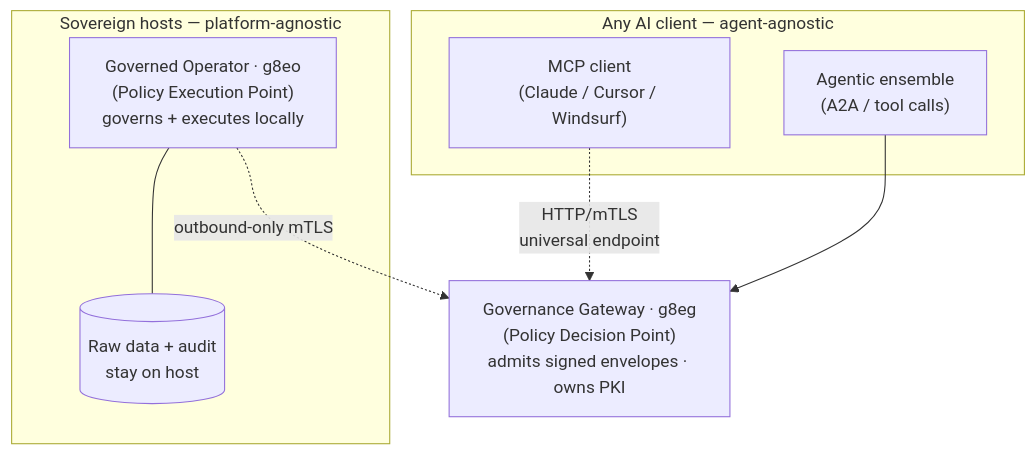
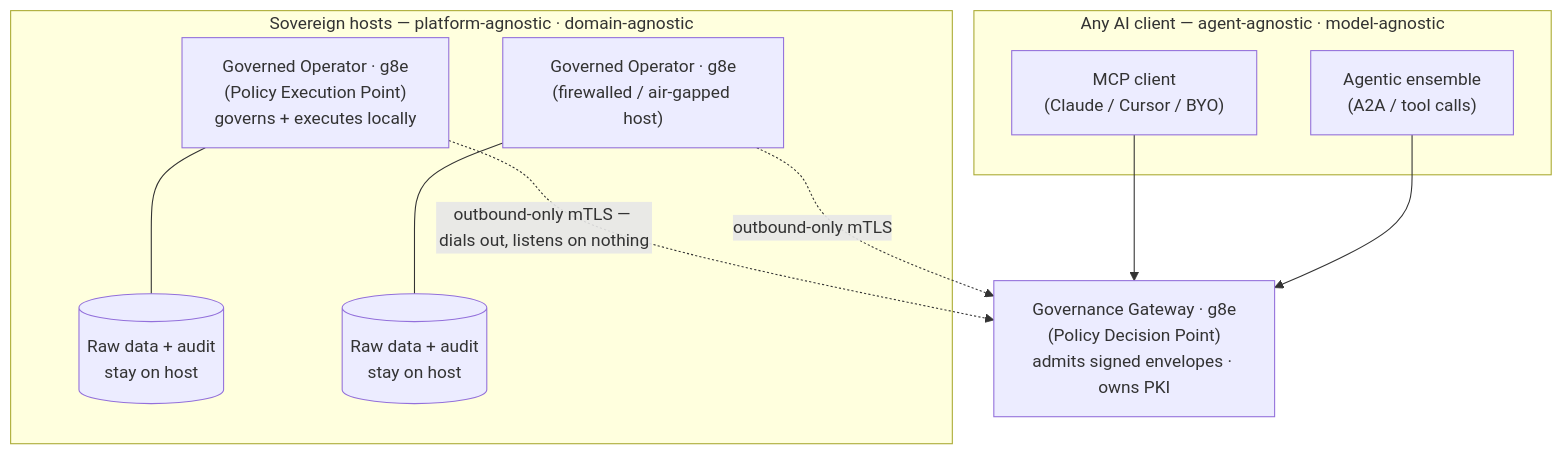
The first of 3 diagrams in README.md (g8e-ai/g8e), drawn with Mermaid before and after one commit. The commit also changed other lines of this file and 9 other files, not shown here.

````diff
--- a/README.md
+++ b/README.md
@@ -91,19 +112,23 @@
 ```mermaid
 graph TD
-    subgraph Clients ["Any AI client — agent-agnostic"]
-        C1["MCP client<br/>(Claude / Cursor / Windsurf)"]
+    subgraph Clients ["Any AI client — agent-agnostic · model-agnostic"]
+        C1["MCP client<br/>(Claude / Cursor / BYO)"]
         C2["Agentic ensemble<br/>(A2A / tool calls)"]
     end
 
-    GW["Governance Gateway · g8eg<br/>(Policy Decision Point)<br/>admits signed envelopes · owns PKI"]
+    GW["Governance Gateway · g8e<br/>(Policy Decision Point)<br/>admits signed envelopes · owns PKI"]
 
-    subgraph Fleet ["Sovereign hosts — platform-agnostic"]
-        O1["Governed Operator · g8eo<br/>(Policy Execution Point)<br/>governs + executes locally"]
+    subgraph Fleet ["Sovereign hosts — platform-agnostic · domain-agnostic"]
+        O1["Governed Operator · g8e<br/>(Policy Execution Point)<br/>governs + executes locally"]
         D1[("Raw data + audit<br/>stay on host")]
+        O2["Governed Operator · g8e<br/>(firewalled / air-gapped host)"]
+        D2[("Raw data + audit<br/>stay on host")]
         O1 --- D1
+        O2 --- D2
     end
 
-    C1 -. "HTTP/mTLS<br/>universal endpoint" .-> GW
+    C1 --> GW
     C2 --> GW
-    O1 -. "outbound-only mTLS" .-> GW
+    O1 -. "outbound-only mTLS — dials out, listens on nothing" .-> GW
+    O2 -. "outbound-only mTLS" .-> GW
 ```
````
